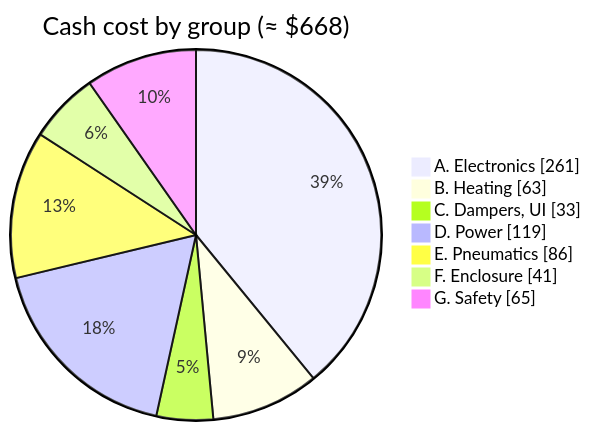
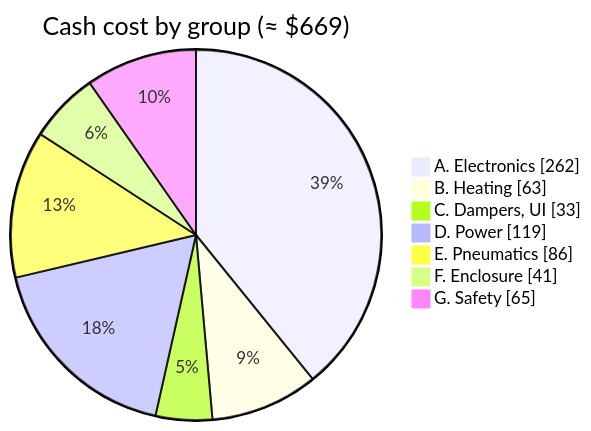
The diagram in docs/03_bill_of_materials.md (BashfulBits/3dp-fleet-exhaust), drawn with Mermaid before and after one commit. The commit also changed other lines of this file and 7 other files, not shown here.

````diff
--- a/docs/03_bill_of_materials.md
+++ b/docs/03_bill_of_materials.md
@@ -28,11 +28,11 @@
 ```mermaid
 pie showData
-  title Cash cost by group (≈ $668)
-  "A. Electronics" : 261
+  title Cash cost by group (≈ $669)
+  "A. Electronics" : 262
   "B. Heating" : 63
   "C. Dampers, UI" : 33
   "D. Power" : 119
   "E. Pneumatics" : 86
   "F. Enclosure" : 41
   "G. Safety" : 65
 ```
````
